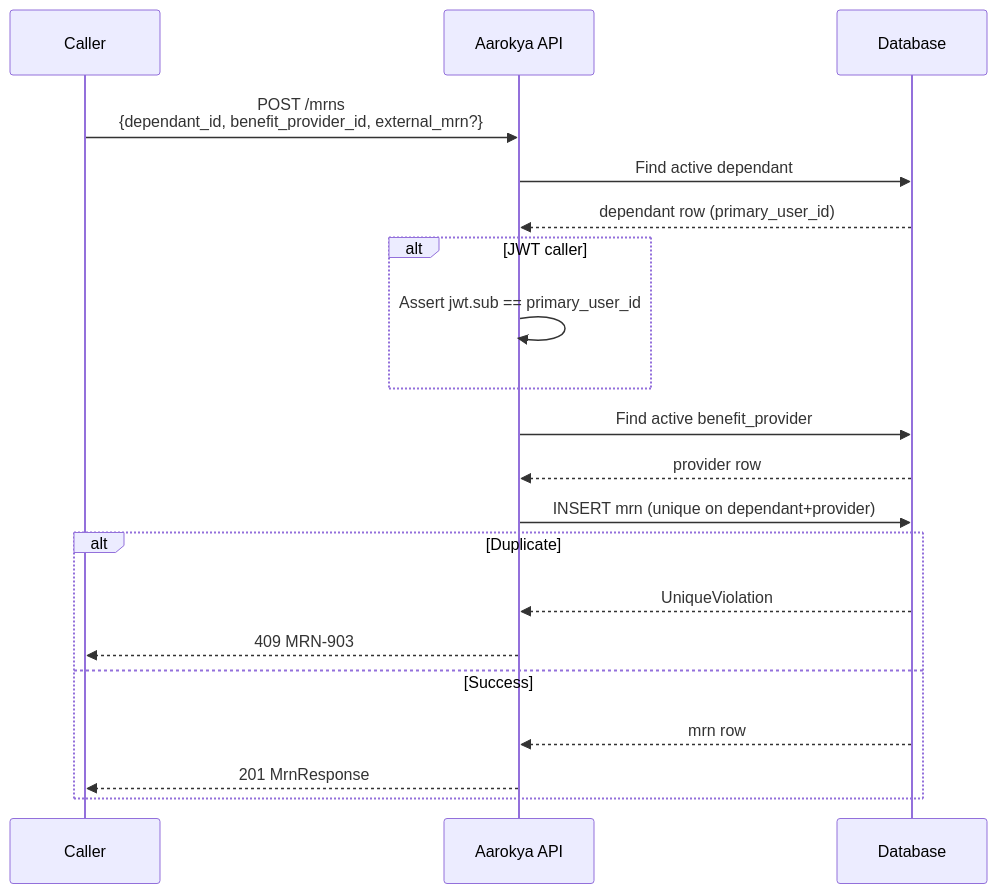
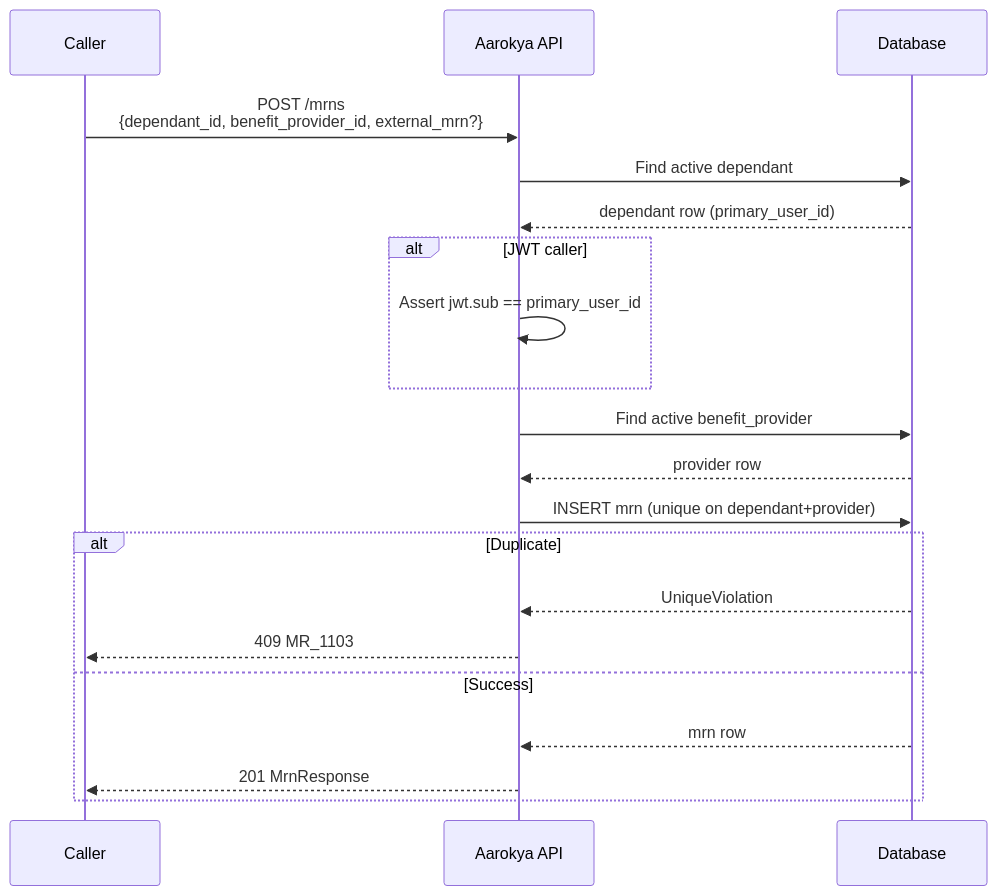
The diagram in api-reference/modules/mrn.mdx (anu19981/aarokya-backend), drawn with Mermaid before and after one commit. The commit also changed other lines of this file and 82 other files, not shown here.

````diff
--- a/api-reference/modules/mrn.mdx
+++ b/api-reference/modules/mrn.mdx
@@ -26,23 +26,23 @@
 ```mermaid
 sequenceDiagram
     participant C as Caller
     participant API as Aarokya API
     participant DB as Database
 
     C->>API: POST /mrns<br/>{dependant_id, benefit_provider_id, external_mrn?}
     API->>DB: Find active dependant
     DB-->>API: dependant row (primary_user_id)
     alt JWT caller
         API->>API: Assert jwt.sub == primary_user_id
     end
     API->>DB: Find active benefit_provider
     DB-->>API: provider row
     API->>DB: INSERT mrn (unique on dependant+provider)
     alt Duplicate
         DB-->>API: UniqueViolation
-        API-->>C: 409 MRN-903
+        API-->>C: 409 MR_1103
     else Success
         DB-->>API: mrn row
         API-->>C: 201 MrnResponse
     end
 ```
````
